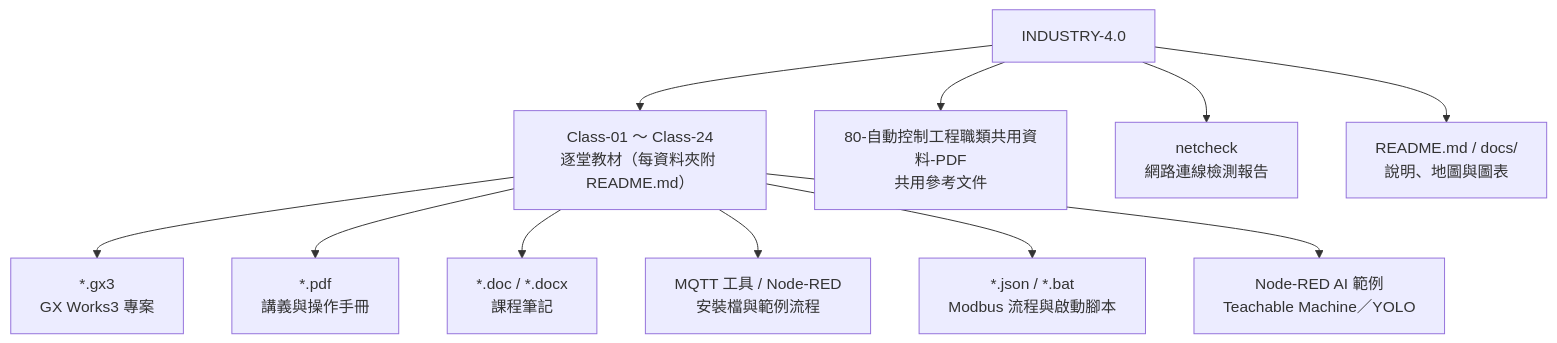
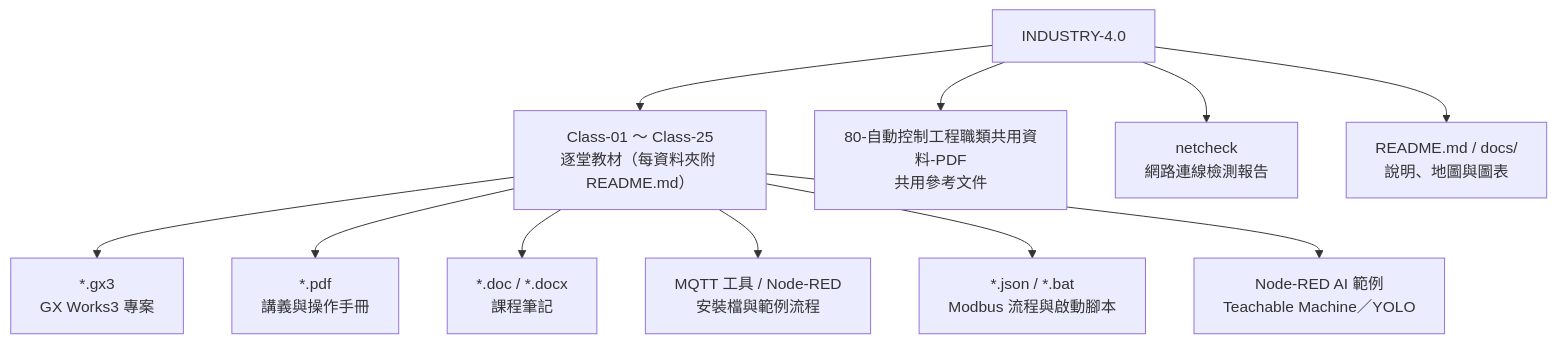
The second of 6 diagrams in README.md (yd7148/INDUSTRY-4.0), drawn with Mermaid before and after one commit. The commit also changed other lines of this file and 2 other files, not shown here.

Commit message:
Sync docs for Class-25 (25 classes, 26 videos, timeline legend)

````diff
--- a/README.md
+++ b/README.md
@@ -42,14 +42,14 @@
 ```mermaid
 flowchart TB
-    REPO["INDUSTRY-4.0"] --> CLS["Class-01 ～ Class-24<br/>逐堂教材（每資料夾附 README.md）"]
+    REPO["INDUSTRY-4.0"] --> CLS["Class-01 ～ Class-25<br/>逐堂教材（每資料夾附 README.md）"]
     REPO --> LIB["80-自動控制工程職類共用資料-PDF<br/>共用參考文件"]
     REPO --> NET["netcheck<br/>網路連線檢測報告"]
     REPO --> DOC["README.md / docs/<br/>說明、地圖與圖表"]
 
     CLS --> GX["*.gx3<br/>GX Works3 專案"]
     CLS --> PDF["*.pdf<br/>講義與操作手冊"]
     CLS --> DOCX["*.doc / *.docx<br/>課程筆記"]
     CLS --> TOOL["MQTT 工具 / Node-RED<br/>安裝檔與範例流程"]
     CLS --> JSON["*.json / *.bat<br/>Modbus 流程與啟動腳本"]
     CLS --> AI["Node-RED AI 範例<br/>Teachable Machine／YOLO"]
 ```
````
